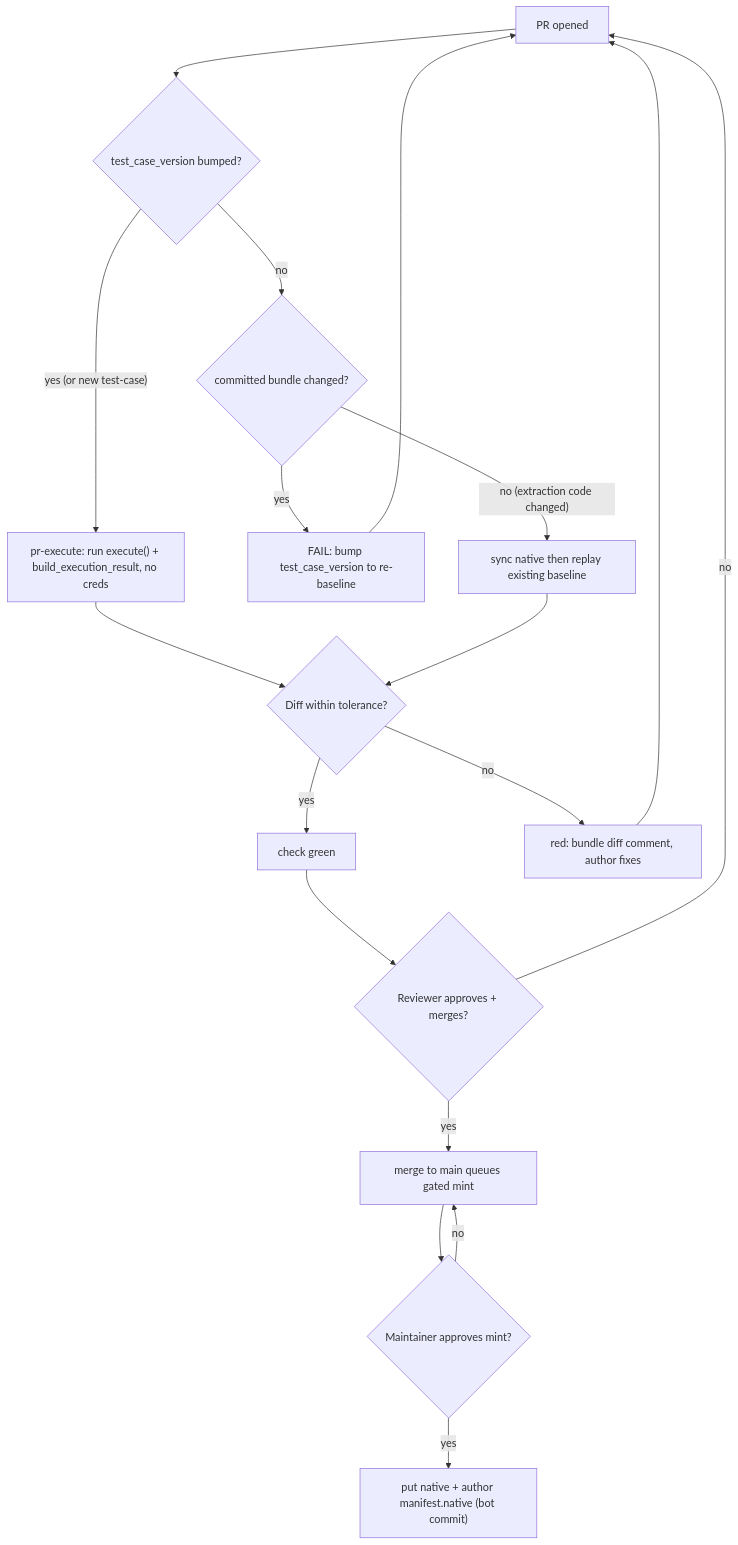
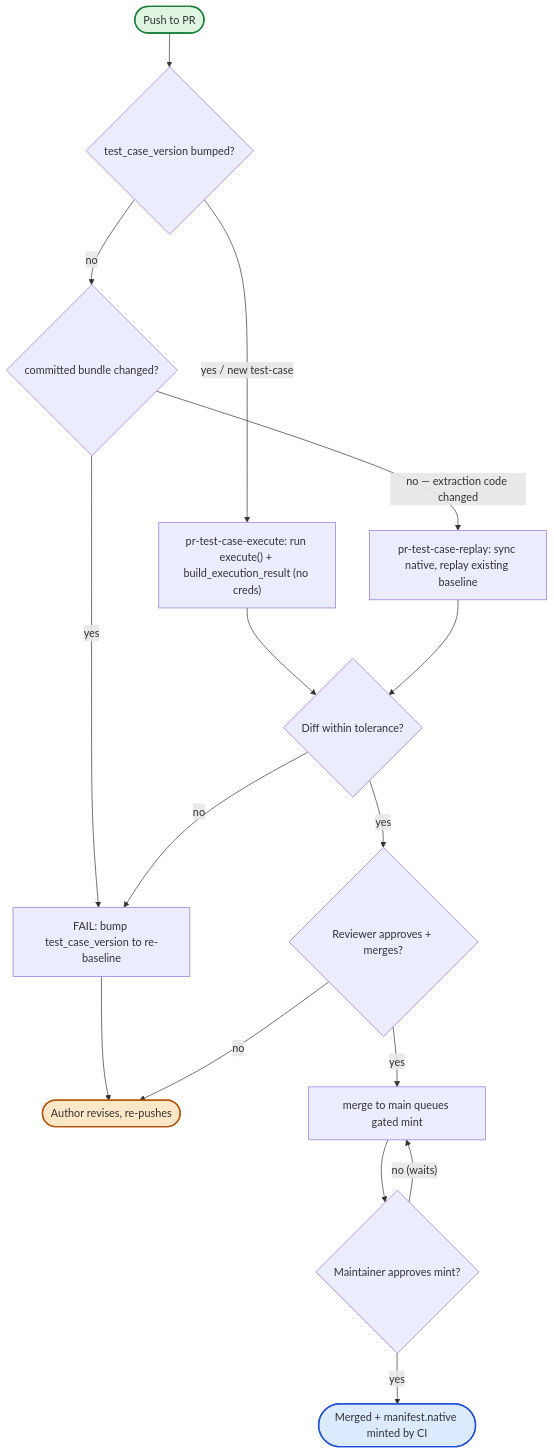
The third of 3 diagrams in text/0005-regression-baselines.md (Climate-REF/rfcs), drawn with Mermaid before and after one commit. The commit also changed other lines of this file, not shown here.

Commit message:
chore: update flow chart

````diff
--- a/text/0005-regression-baselines.md
+++ b/text/0005-regression-baselines.md
@@ -277,23 +277,28 @@
 ```mermaid
 flowchart TD
-    A[PR opened] --> B{test_case_version bumped?}
+    Start(["Push to PR"]) --> B{"test_case_version bumped?"}
 
-    B -->|"yes (or new test-case)"| X["pr-execute: run execute() + build_execution_result, no creds"]
-    B -->|no| V{committed bundle changed?}
-    V -->|yes| F["FAIL: bump test_case_version to re-baseline"]
-    V -->|"no (extraction code changed)"| C["sync native then replay existing baseline"]
+    B -->|"yes / new test-case"| X["pr-test-case-execute: run execute() + build_execution_result (no creds)"]
+    B -->|"no"| V{"committed bundle changed?"}
+    V -->|"yes"| F["FAIL: bump test_case_version to re-baseline"]
+    V -->|"no — extraction code changed"| C["pr-test-case-replay: sync native, replay existing baseline"]
 
-    X --> G{Diff within tolerance?}
+    X --> G{"Diff within tolerance?"}
     C --> G
-    G -->|yes| H["check green"]
-    G -->|no| I["red: bundle diff comment, author fixes"]
-    I --> A
-    F --> A
+    G -->|"yes"| M{"Reviewer approves + merges?"}
+    G -->|"no"| F
 
-    H --> M{Reviewer approves + merges?}
-    M -->|no| A
-    M -->|yes| P["merge to main queues gated mint"]
-    P --> Q{Maintainer approves mint?}
-    Q -->|yes| O["put native + author manifest.native (bot commit)"]
-    Q -->|no| P
+    F --> Revise(["Author revises, re-pushes"])
+    M -->|"no"| Revise
+    M -->|"yes"| P["merge to main queues gated mint"]
+    P --> Q{"Maintainer approves mint?"}
+    Q -->|"no (waits)"| P
+    Q -->|"yes"| Done(["Merged + manifest.native minted by CI"])
+
+    classDef entry fill:#dff5e1,stroke:#1a7f37,stroke-width:2px;
+    classDef good fill:#dbeafe,stroke:#1d4ed8,stroke-width:2px;
+    classDef warn fill:#fde7c7,stroke:#b45309,stroke-width:2px;
+    class Start entry;
+    class Done good;
+    class Revise warn;
 ```
````
